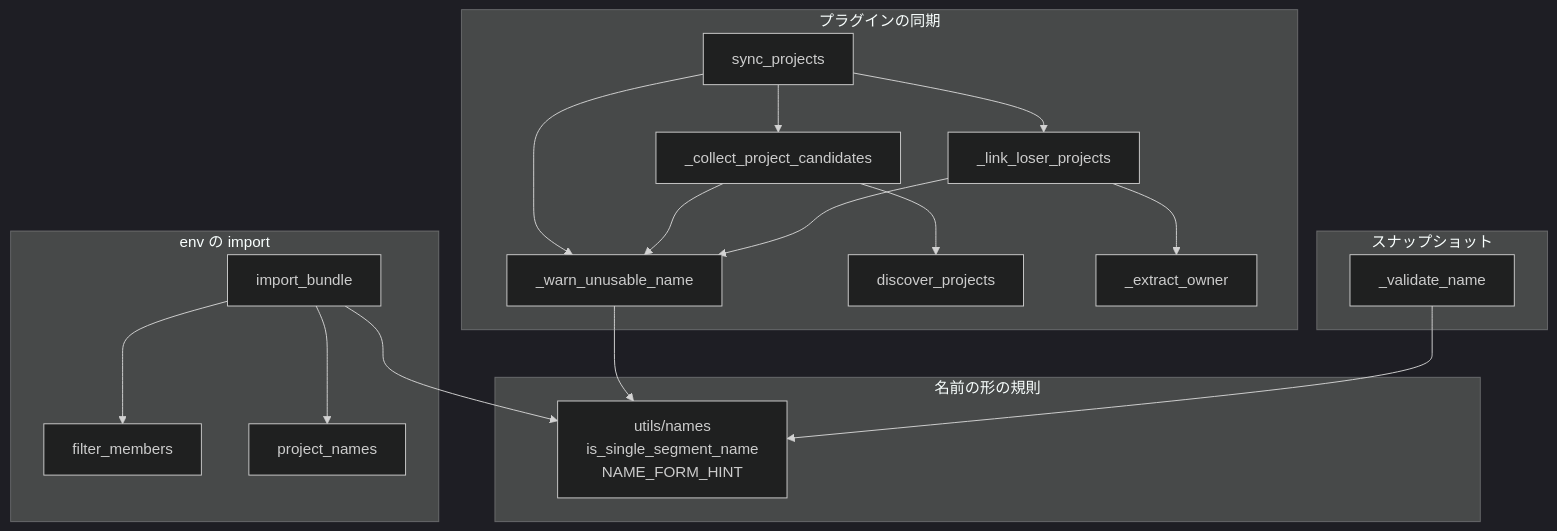
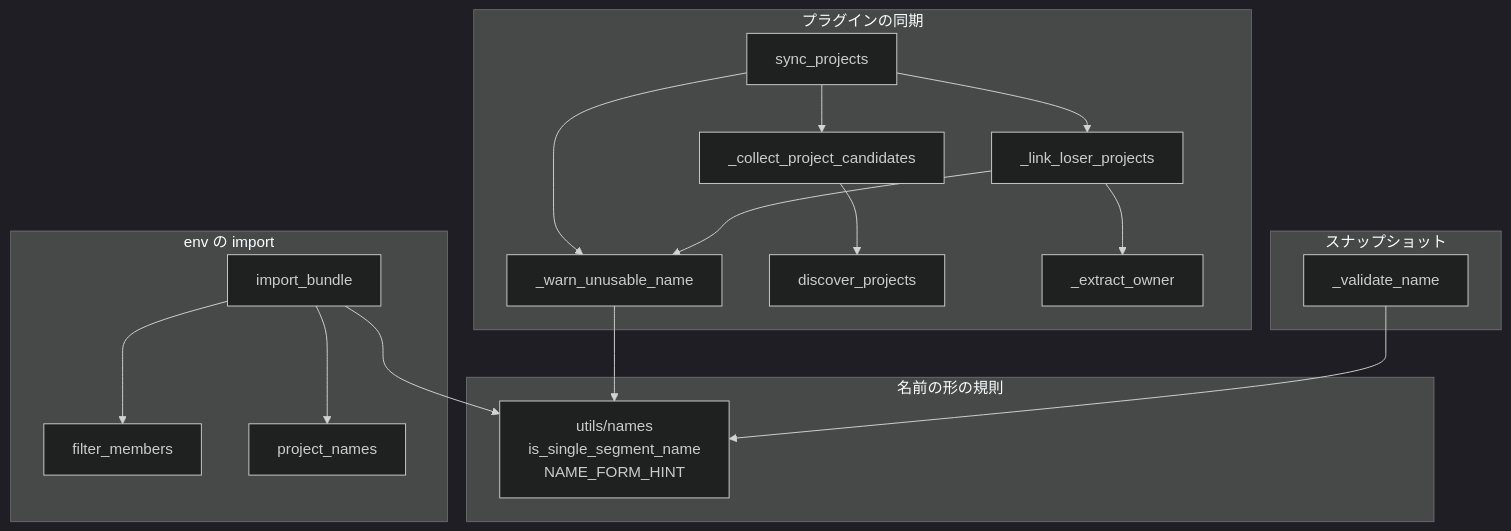
One commit to devbasex/devbase changed the first of 3 diagrams in issues/PLAN66_project-name-validation-design.md. Above: the diagram before and after it, drawn with Mermaid (dark theme). The commit also changed other lines of this file and 1 other file, not shown here.

````diff
--- a/issues/PLAN66_project-name-validation-design.md
+++ b/issues/PLAN66_project-name-validation-design.md
@@ -45,24 +45,23 @@
 ```mermaid
 graph TD
     subgraph 名前の形の規則
         N[utils/names<br/>is_single_segment_name<br/>NAME_FORM_HINT]
     end
     subgraph プラグインの同期
         SP[sync_projects] --> CC[_collect_project_candidates]
         SP --> LL[_link_loser_projects]
         SP --> WU[_warn_unusable_name]
         CC --> DP[discover_projects]
-        CC --> WU
         LL --> WU
         LL --> EO[_extract_owner]
         WU --> N
     end
     subgraph env の import
         IB[import_bundle] --> FM[filter_members]
         IB --> PN[project_names]
         IB --> N
     end
     subgraph スナップショット
         VN[_validate_name] --> N
     end
 ```
````
